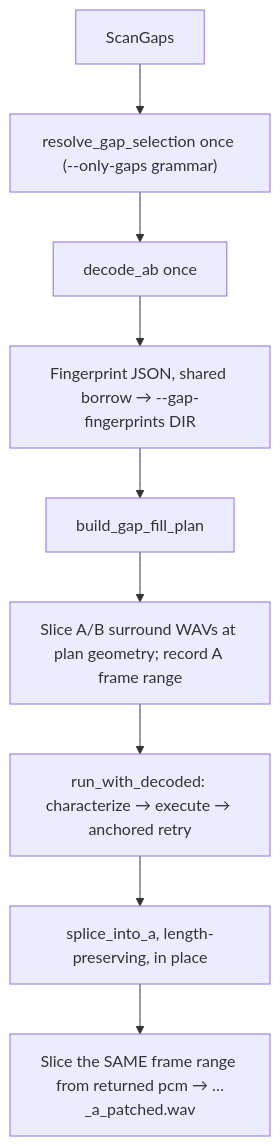
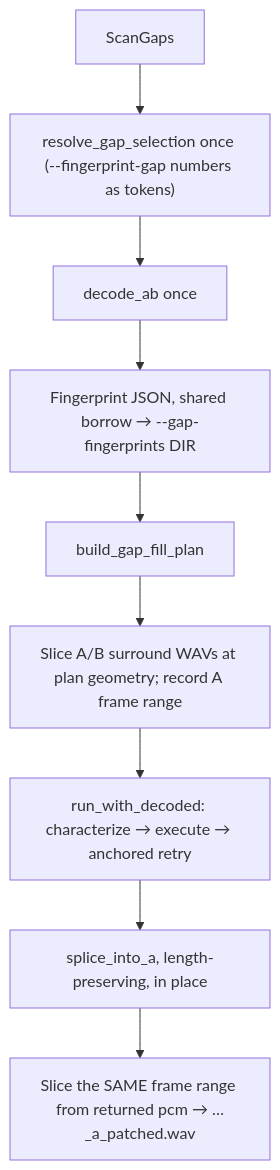
Before and after one commit to mgroeninger/clip-sync: the diagram in docs/dev/TEMP-gap-listen-wav-plan.md, drawn with Mermaid. The commit also changed other lines of this file and 16 other files, not shown here.

First line of the commit message:
Implement gap listening feature with WAV export for selected gaps

````diff
--- a/docs/dev/TEMP-gap-listen-wav-plan.md
+++ b/docs/dev/TEMP-gap-listen-wav-plan.md
@@ -294,11 +352,11 @@
 ```mermaid
 flowchart TD
-  scan[ScanGaps] --> select["resolve_gap_selection once (--only-gaps grammar)"]
+  scan[ScanGaps] --> select["resolve_gap_selection once (--fingerprint-gap numbers as tokens)"]
   select --> decode[decode_ab once]
   decode --> fpJson["Fingerprint JSON, shared borrow → --gap-fingerprints DIR"]
   fpJson --> plan[build_gap_fill_plan]
   plan --> exportPre["Slice A/B surround WAVs at plan geometry; record A frame range"]
   exportPre --> prod["run_with_decoded: characterize → execute → anchored retry"]
   prod --> splice["splice_into_a, length-preserving, in place"]
   splice --> exportPost["Slice the SAME frame range from returned pcm → …_a_patched.wav"]
 ```
````
